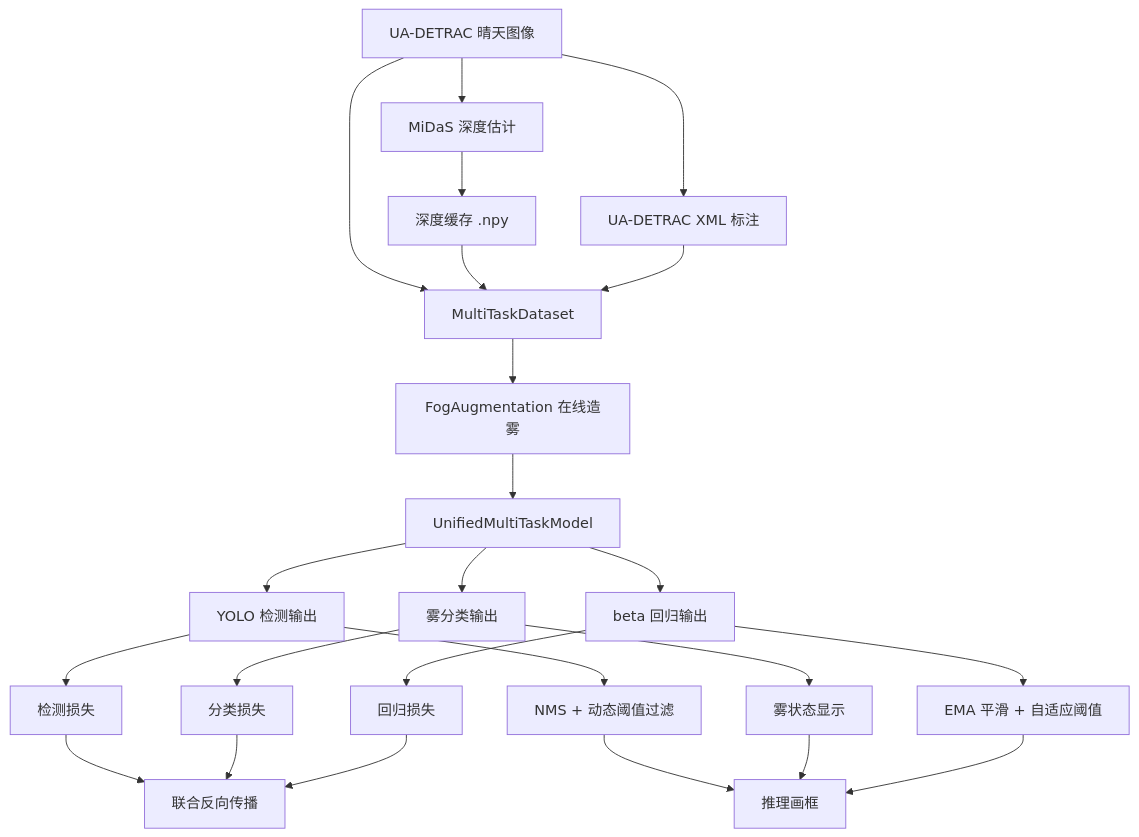
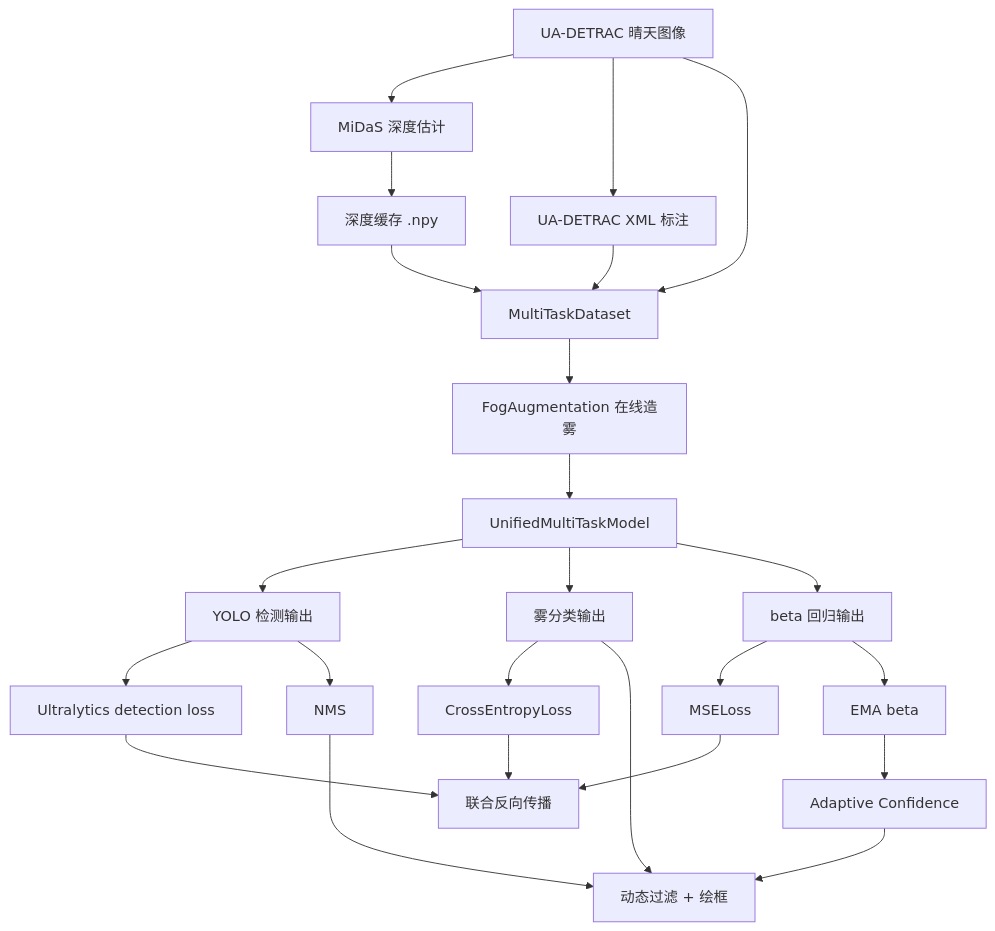
Before and after one commit to vansour/BS: the diagram in README.md, drawn with Mermaid. The commit also changed other lines of this file and 17 other files, not shown here.

````diff
--- a/README.md
+++ b/README.md
@@ -99,26 +47,26 @@
 ```mermaid
 flowchart TD
     A["UA-DETRAC 晴天图像"] --> B["MiDaS 深度估计"]
     B --> C["深度缓存 .npy"]
     A --> D["UA-DETRAC XML 标注"]
     A --> E["MultiTaskDataset"]
     C --> E
     D --> E
     E --> F["FogAugmentation 在线造雾"]
     F --> G["UnifiedMultiTaskModel"]
     G --> H["YOLO 检测输出"]
     G --> I["雾分类输出"]
     G --> J["beta 回归输出"]
-    H --> K["检测损失"]
-    I --> L["分类损失"]
-    J --> M["回归损失"]
+    H --> K["Ultralytics detection loss"]
+    I --> L["CrossEntropyLoss"]
+    J --> M["MSELoss"]
     K --> N["联合反向传播"]
     L --> N
     M --> N
-    H --> O["NMS + 动态阈值过滤"]
-    I --> P["雾状态显示"]
-    J --> Q["EMA 平滑 + 自适应阈值"]
-    O --> R["推理画框"]
-    P --> R
+    H --> O["NMS"]
+    J --> P["EMA beta"]
+    P --> Q["Adaptive Confidence"]
+    O --> R["动态过滤 + 绘框"]
+    I --> R
     Q --> R
 ```
````
